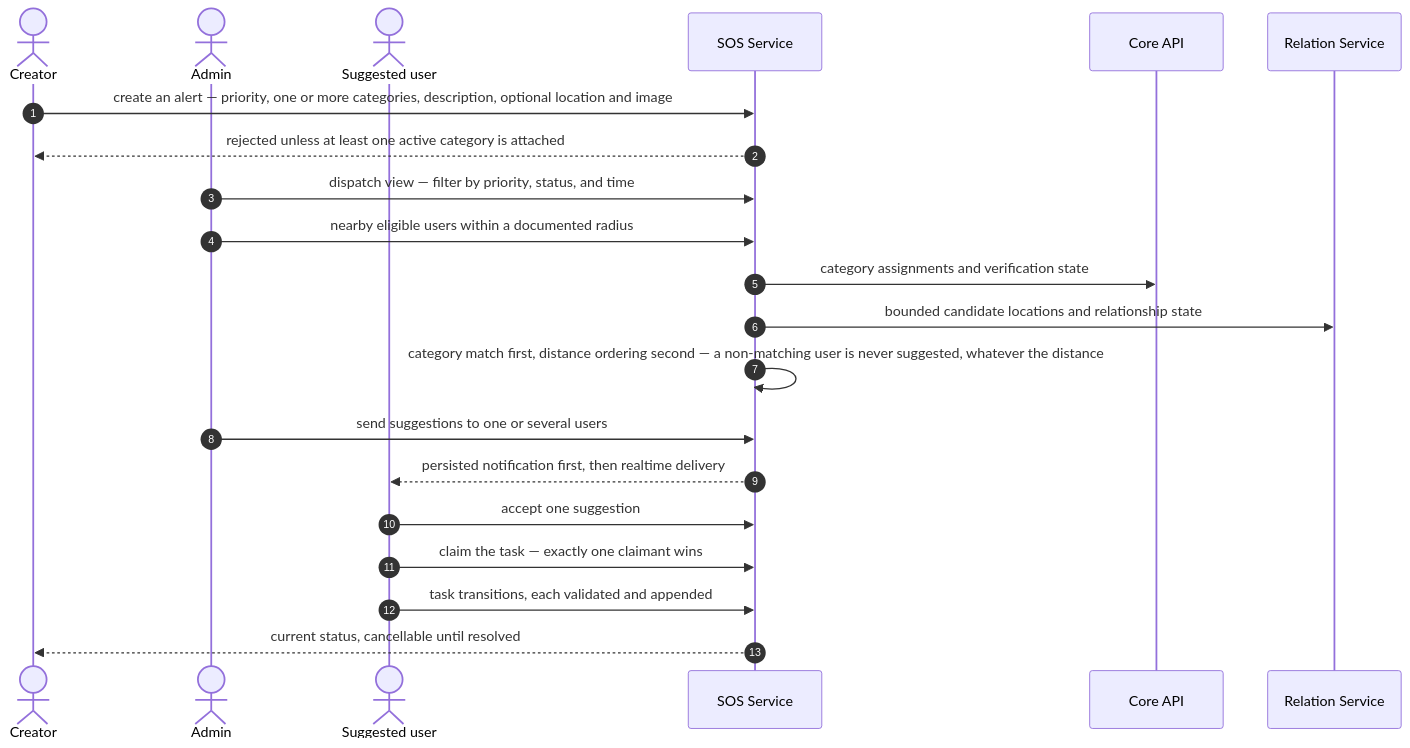
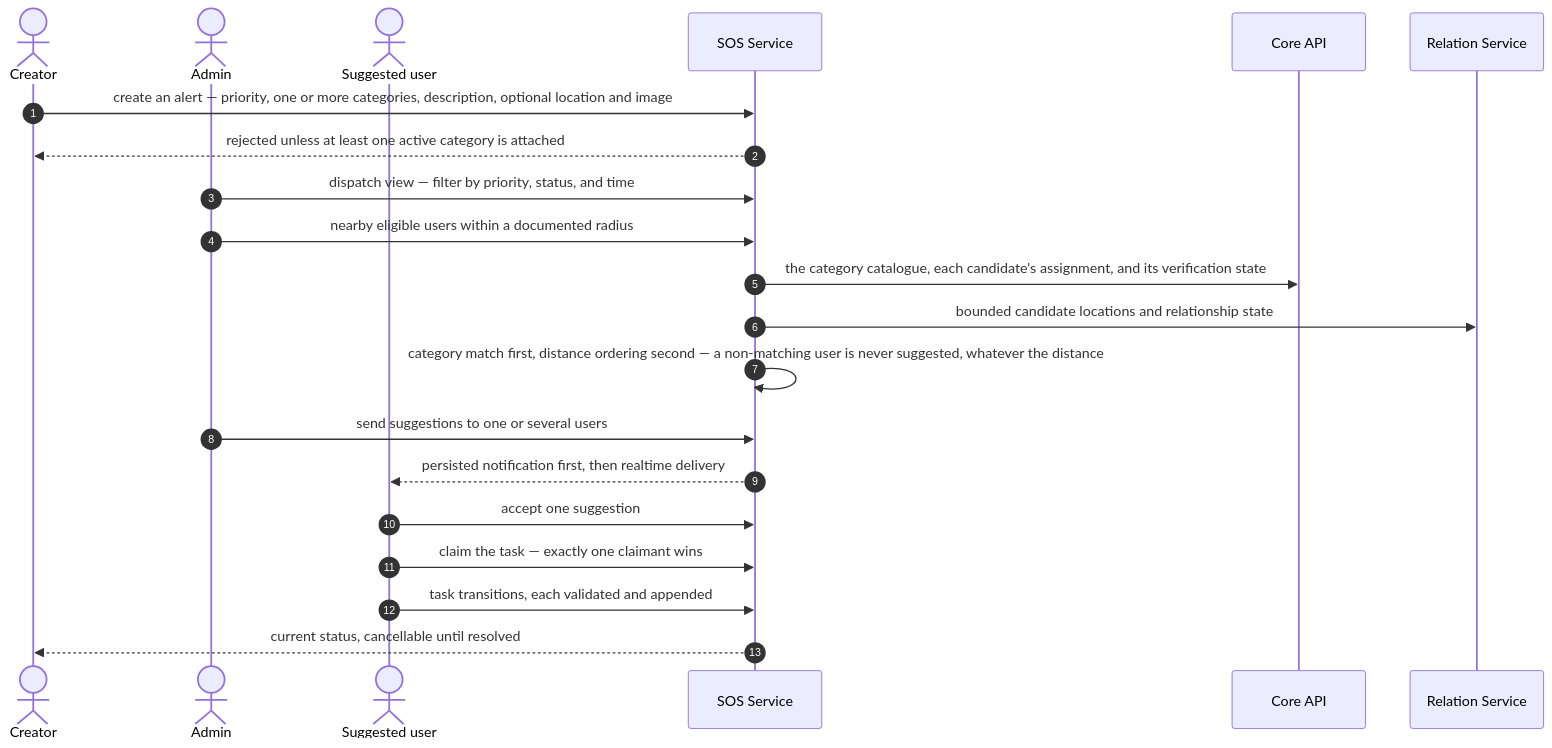
Before and after one commit to komeilm76/boro_biya: the ninth of 16 diagrams in docs/DIAGRAMS.md, drawn with Mermaid. The commit also changed other lines of this file and 8 other files, not shown here.

````diff
--- a/docs/DIAGRAMS.md
+++ b/docs/DIAGRAMS.md
@@ -220,23 +226,23 @@
 ```mermaid
 sequenceDiagram
   autonumber
   actor Creator as Creator
   actor Admin
   actor Helper as Suggested user
   participant SOS as SOS Service
   participant Core as Core API
   participant Rel as Relation Service
   Creator->>SOS: create an alert — priority, one or more categories, description, optional location and image
   SOS-->>Creator: rejected unless at least one active category is attached
   Admin->>SOS: dispatch view — filter by priority, status, and time
   Admin->>SOS: nearby eligible users within a documented radius
-  SOS->>Core: category assignments and verification state
+  SOS->>Core: the category catalogue, each candidate's assignment, and its verification state
   SOS->>Rel: bounded candidate locations and relationship state
   SOS->>SOS: category match first, distance ordering second — a non-matching user is never suggested, whatever the distance
   Admin->>SOS: send suggestions to one or several users
   SOS-->>Helper: persisted notification first, then realtime delivery
   Helper->>SOS: accept one suggestion
   Helper->>SOS: claim the task — exactly one claimant wins
   Helper->>SOS: task transitions, each validated and appended
   SOS-->>Creator: current status, cancellable until resolved
 ```
````
